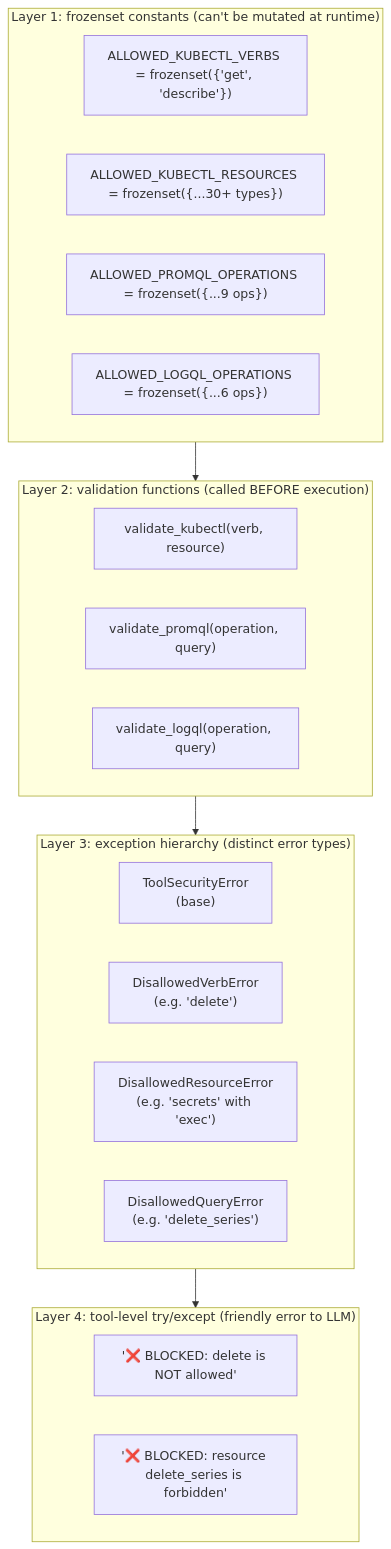
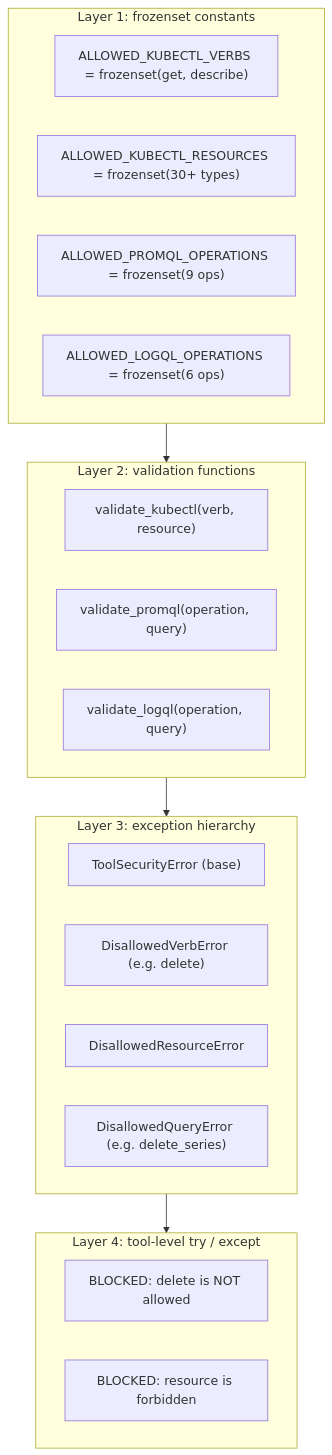
One commit to yessine15/sentinel changed the eighth of 29 diagrams in docs/PHASE2_EXPLAINED.md. Above: the diagram before and after it, drawn with Mermaid. The commit also changed other lines of this file, not shown here.

First line of the commit message:
docs: fix all mermaid v11.15.0 syntax errors in Phase 2 guide

````diff
--- a/docs/PHASE2_EXPLAINED.md
+++ b/docs/PHASE2_EXPLAINED.md
@@ -364,29 +353,29 @@
 ```mermaid
 flowchart TD
-    subgraph L1["Layer 1: frozenset constants (can't be mutated at runtime)"]
-        V["ALLOWED_KUBECTL_VERBS = frozenset({'get', 'describe'})"]
-        R["ALLOWED_KUBECTL_RESOURCES = frozenset({...30+ types})"]
-        P["ALLOWED_PROMQL_OPERATIONS = frozenset({...9 ops})"]
-        L["ALLOWED_LOGQL_OPERATIONS = frozenset({...6 ops})"]
+    subgraph L1["Layer 1: frozenset constants"]
+        V["ALLOWED_KUBECTL_VERBS = frozenset(get, describe)"]
+        R["ALLOWED_KUBECTL_RESOURCES = frozenset(30+ types)"]
+        P["ALLOWED_PROMQL_OPERATIONS = frozenset(9 ops)"]
+        LL["ALLOWED_LOGQL_OPERATIONS = frozenset(6 ops)"]
     end
 
-    subgraph L2["Layer 2: validation functions (called BEFORE execution)"]
+    subgraph L2["Layer 2: validation functions"]
         VK["validate_kubectl(verb, resource)"]
         VP["validate_promql(operation, query)"]
         VL["validate_logql(operation, query)"]
     end
 
-    subgraph L3["Layer 3: exception hierarchy (distinct error types)"]
-        E1["ToolSecurityError<br/>(base)"]
-        E2["DisallowedVerbError<br/>(e.g. 'delete')"]
-        E3["DisallowedResourceError<br/>(e.g. 'secrets' with 'exec')"]
-        E4["DisallowedQueryError<br/>(e.g. 'delete_series')"]
+    subgraph L3["Layer 3: exception hierarchy"]
+        E1["ToolSecurityError (base)"]
+        E2["DisallowedVerbError (e.g. delete)"]
+        E3["DisallowedResourceError"]
+        E4["DisallowedQueryError (e.g. delete_series)"]
     end
 
-    subgraph L4["Layer 4: tool-level try/except (friendly error to LLM)"]
-        T1["'❌ BLOCKED: delete is NOT allowed'"]
-        T2["'❌ BLOCKED: resource delete_series is forbidden'"]
+    subgraph L4["Layer 4: tool-level try / except"]
+        T1["BLOCKED: delete is NOT allowed"]
+        T2["BLOCKED: resource is forbidden"]
     end
 
     L1 --> L2 --> L3 --> L4
 ```
````
